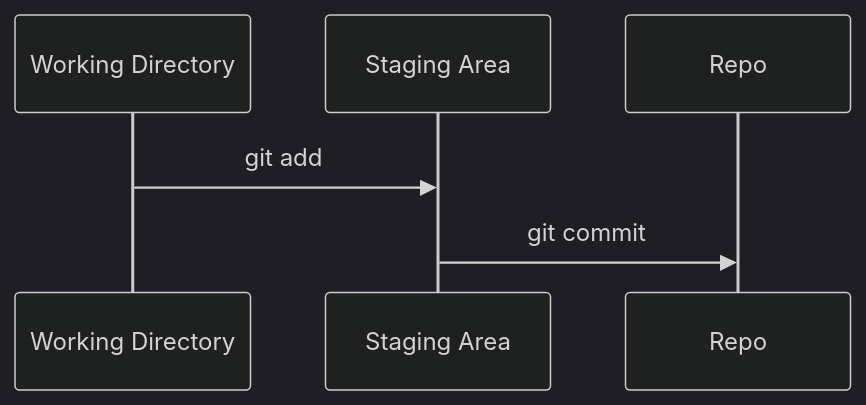
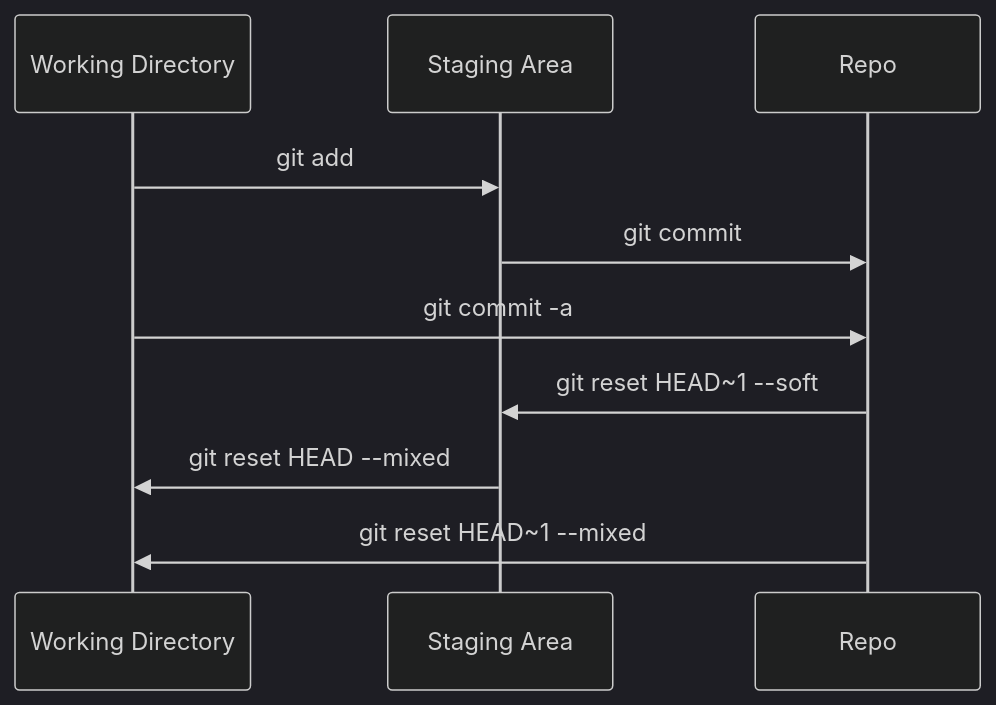
The third of 3 diagrams in Tools/Git/L3 - 開始使用 Git.md (bingyangchen/KM-software), drawn with Mermaid (dark theme) before and after one commit. The commit also changed other lines of this file and 14 other files, not shown here.

````diff
--- a/Tools/Git/L3 - 開始使用 Git.md
+++ b/Tools/Git/L3 - 開始使用 Git.md
@@ -75,5 +133,9 @@
 ```mermaid
 sequenceDiagram
     Working Directory->>Staging Area: git add
     Staging Area->>Repo: git commit
+    Working Directory->>Repo: git commit -a
+    Repo->>Staging Area: git reset HEAD~1 --soft
+    Staging Area->>Working Directory: git reset HEAD --mixed
+    Repo->>Working Directory: git reset HEAD~1 --mixed
 ```
````
